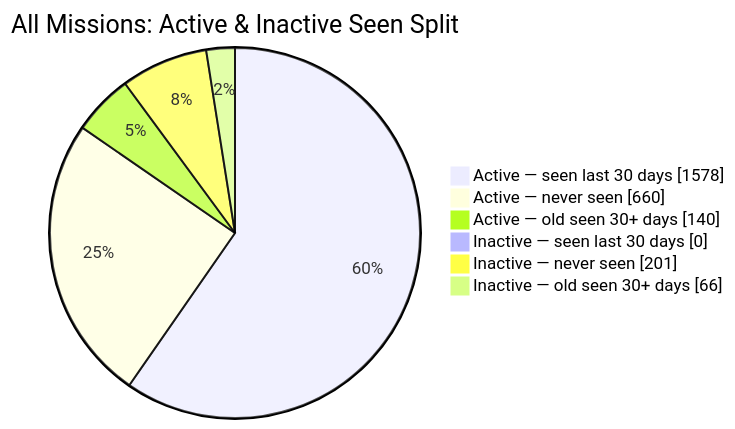
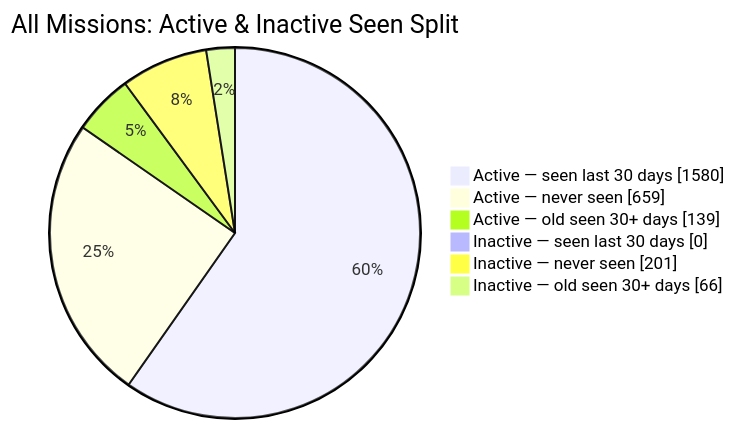
Before and after one commit to MeldkamerspelGameTeam/active-missions: the second of 2 diagrams in README.md, drawn with Mermaid. The commit also changed other lines of this file and 3 other files, not shown here.

````diff
--- a/README.md
+++ b/README.md
@@ -44,10 +44,10 @@
 ```mermaid
 pie showData
     title All Missions: Active & Inactive Seen Split
-    "Active — seen last 30 days" : 1578
-    "Active — never seen" : 660
-    "Active — old seen 30+ days" : 140
+    "Active — seen last 30 days" : 1580
+    "Active — never seen" : 659
+    "Active — old seen 30+ days" : 139
     "Inactive — seen last 30 days" : 0
     "Inactive — never seen" : 201
     "Inactive — old seen 30+ days" : 66
 ```
````
